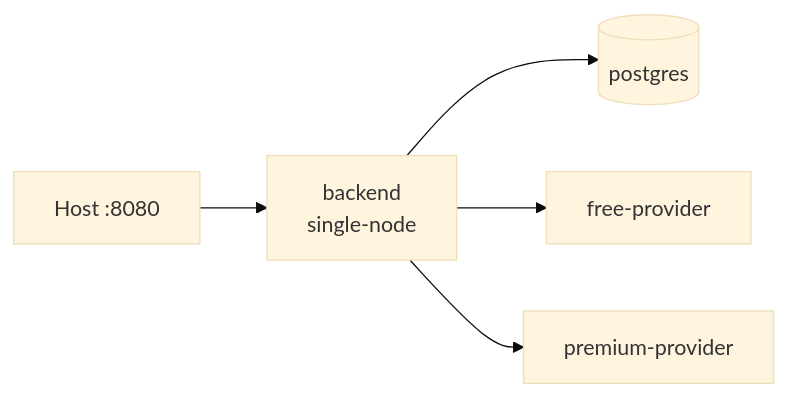
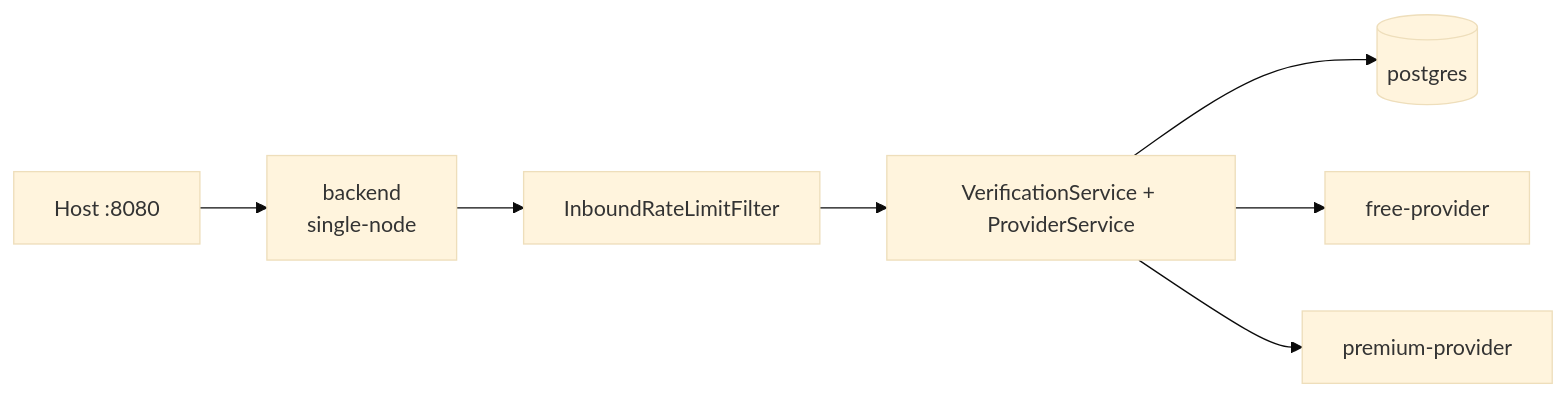
The first of 3 diagrams in docs/architecture/deployment.md (migangdelzar/company-check-workspace), drawn with Mermaid (base theme) before and after one commit. The commit also changed other lines of this file and 17 other files, not shown here.

Commit message:
docs: align architecture references with layered backend

````diff
--- a/docs/architecture/deployment.md
+++ b/docs/architecture/deployment.md
@@ -12,7 +12,9 @@
 ```mermaid
 flowchart LR
   Host[Host :8080] --> Backend[backend\nsingle-node]
-  Backend --> PG[(postgres)]
-  Backend --> Free[free-provider]
-  Backend --> Premium[premium-provider]
+  Backend --> Filter[InboundRateLimitFilter]
+  Filter --> Services[VerificationService + ProviderService]
+  Services --> PG[(postgres)]
+  Services --> Free[free-provider]
+  Services --> Premium[premium-provider]
 ```
````
